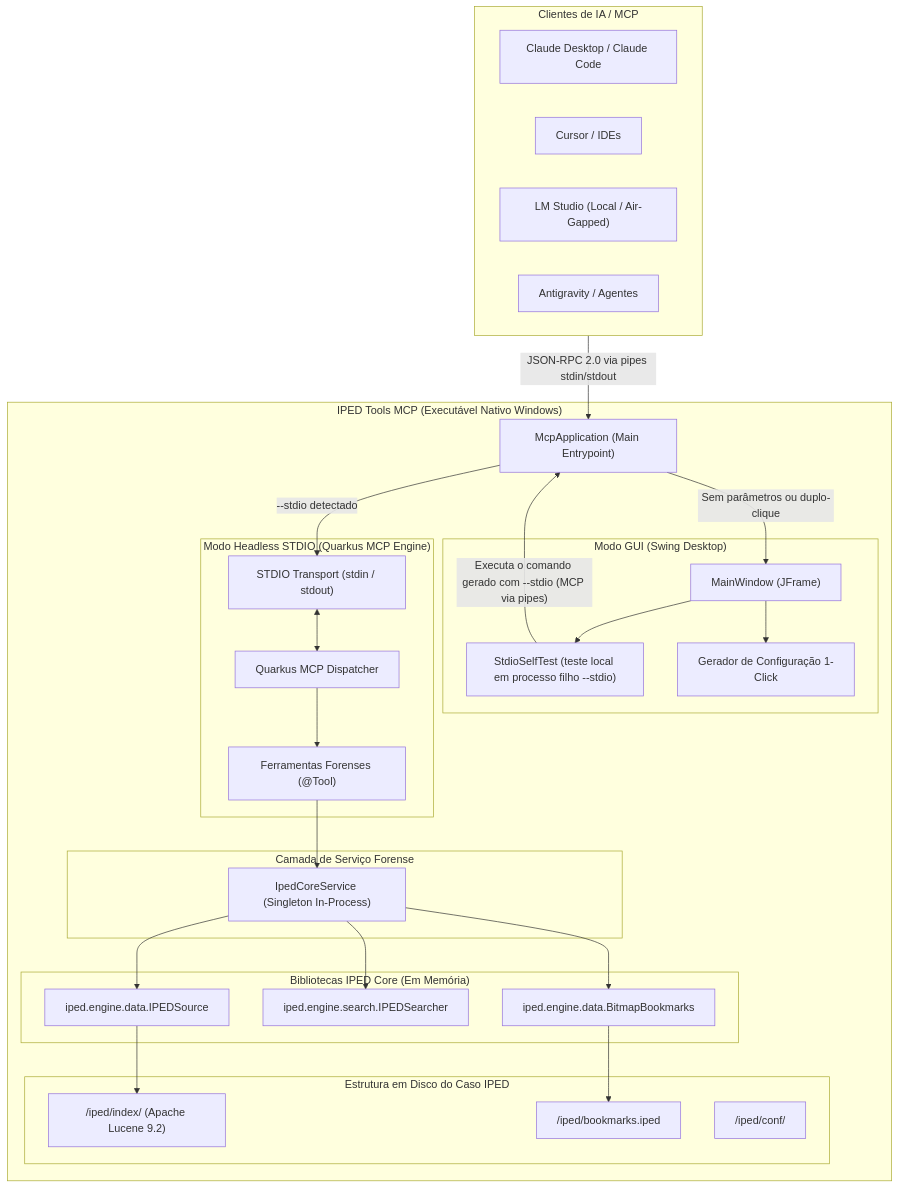
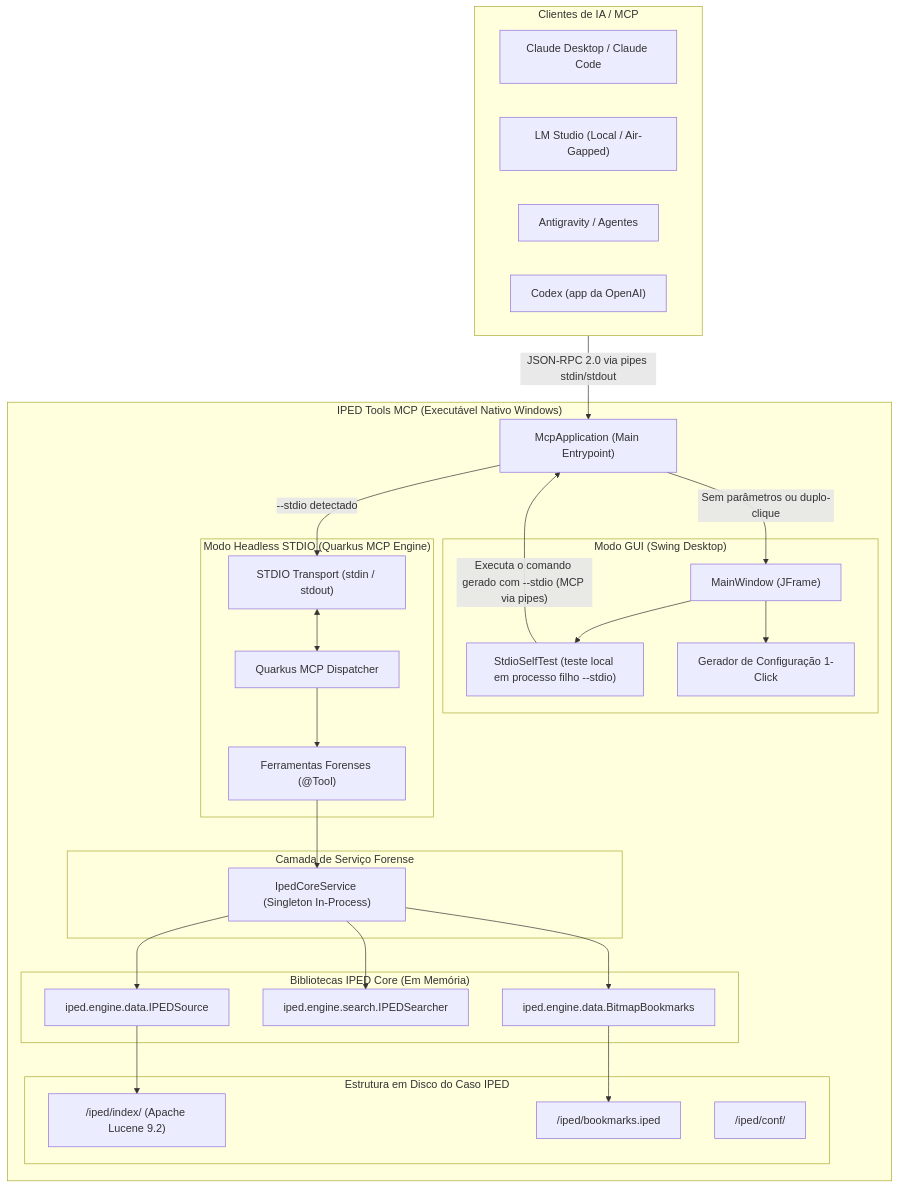
One commit to thiagofuer/iped-tools-mcp changed the first of 2 diagrams in docs/wiki/Dev-Arquitetura.md. Above: the diagram before and after it, drawn with Mermaid. The commit also changed 11 other files, not shown here.

````diff
--- a/docs/wiki/Dev-Arquitetura.md
+++ b/docs/wiki/Dev-Arquitetura.md
@@ -9,60 +9,60 @@
 ```mermaid
 graph TD
     subgraph LLM_Client ["Clientes de IA / MCP"]
         Claude["Claude Desktop / Claude Code"]
-        CursorApp["Cursor / IDEs"]
         LMStudio["LM Studio (Local / Air-Gapped)"]
         Antigravity["Antigravity / Agentes"]
+        Codex["Codex (app da OpenAI)"]
     end
 
     subgraph Product ["IPED Tools MCP (Executável Nativo Windows)"]
         Launcher["McpApplication (Main Entrypoint)"]
 
         subgraph GUI_Layer ["Modo GUI (Swing Desktop)"]
             MainWindow["MainWindow (JFrame)"]
             SelfTest["StdioSelfTest (teste local em processo filho --stdio)"]
             ConfigGen["Gerador de Configuração 1-Click"]
         end
 
         subgraph MCP_Layer ["Modo Headless STDIO (Quarkus MCP Engine)"]
             StdioHandler["STDIO Transport (stdin / stdout)"]
             McpDispatcher["Quarkus MCP Dispatcher"]
             Tools["Ferramentas Forenses (@Tool)"]
         end
 
         subgraph Core_Service ["Camada de Serviço Forense"]
             IpedService["IpedCoreService (Singleton In-Process)"]
         end
 
         subgraph IPED_Core ["Bibliotecas IPED Core (Em Memória)"]
             IPEDSource["iped.engine.data.IPEDSource"]
             IPEDSearcher["iped.engine.search.IPEDSearcher"]
             Bookmarks["iped.engine.data.BitmapBookmarks"]
         end
 
         subgraph Case_Files ["Estrutura em Disco do Caso IPED"]
             LuceneIndex["<caso>/iped/index/ (Apache Lucene 9.2)"]
             BookmarksFile["<caso>/iped/bookmarks.iped"]
             ConfFiles["<caso>/iped/conf/"]
         end
     end
 
     LLM_Client -->|"JSON-RPC 2.0 via pipes stdin/stdout"| Launcher
     Launcher -->|"--stdio detectado"| StdioHandler
     Launcher -->|"Sem parâmetros ou duplo-clique"| MainWindow
 
     MainWindow --> SelfTest
     MainWindow --> ConfigGen
     SelfTest -->|"Executa o comando gerado com --stdio (MCP via pipes)"| Launcher
 
     StdioHandler <--> McpDispatcher
     McpDispatcher --> Tools
     Tools --> IpedService
 
     IpedService --> IPEDSource
     IpedService --> IPEDSearcher
     IpedService --> Bookmarks
 
     IPEDSource --> LuceneIndex
     Bookmarks --> BookmarksFile
 ```
````
